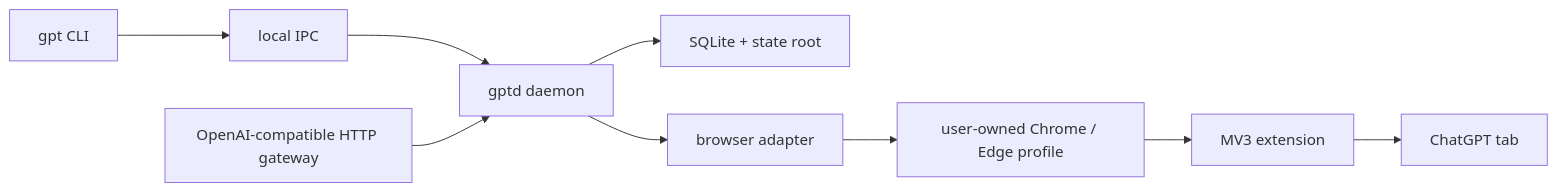
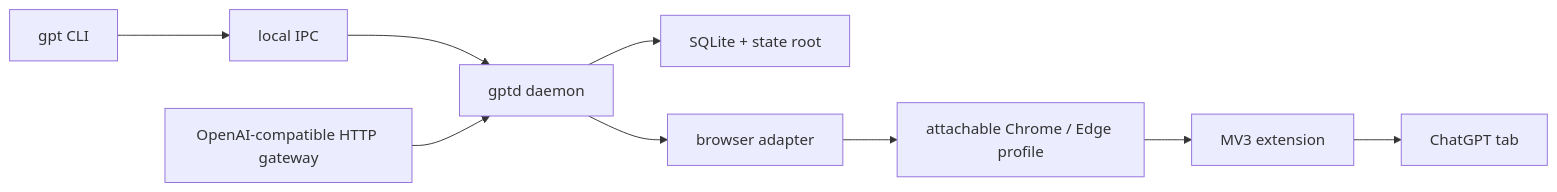
Before and after one commit to KeelMatrix/tablinq: the diagram in docs/architecture.md, drawn with Mermaid. The commit also changed other lines of this file and 15 other files, not shown here.

````diff
--- a/docs/architecture.md
+++ b/docs/architecture.md
@@ -34,11 +35,11 @@
 ```mermaid
 flowchart LR
     CLI["gpt CLI"] --> IPC["local IPC"]
     IPC --> Daemon["gptd daemon"]
     Daemon --> DB["SQLite + state root"]
     Daemon --> Adapter["browser adapter"]
-    Adapter --> Browser["user-owned Chrome / Edge profile"]
+    Adapter --> Browser["attachable Chrome / Edge profile"]
     Browser --> Extension["MV3 extension"]
     Extension --> Page["ChatGPT tab"]
     Gateway["OpenAI-compatible HTTP gateway"] --> Daemon
 ```
````
